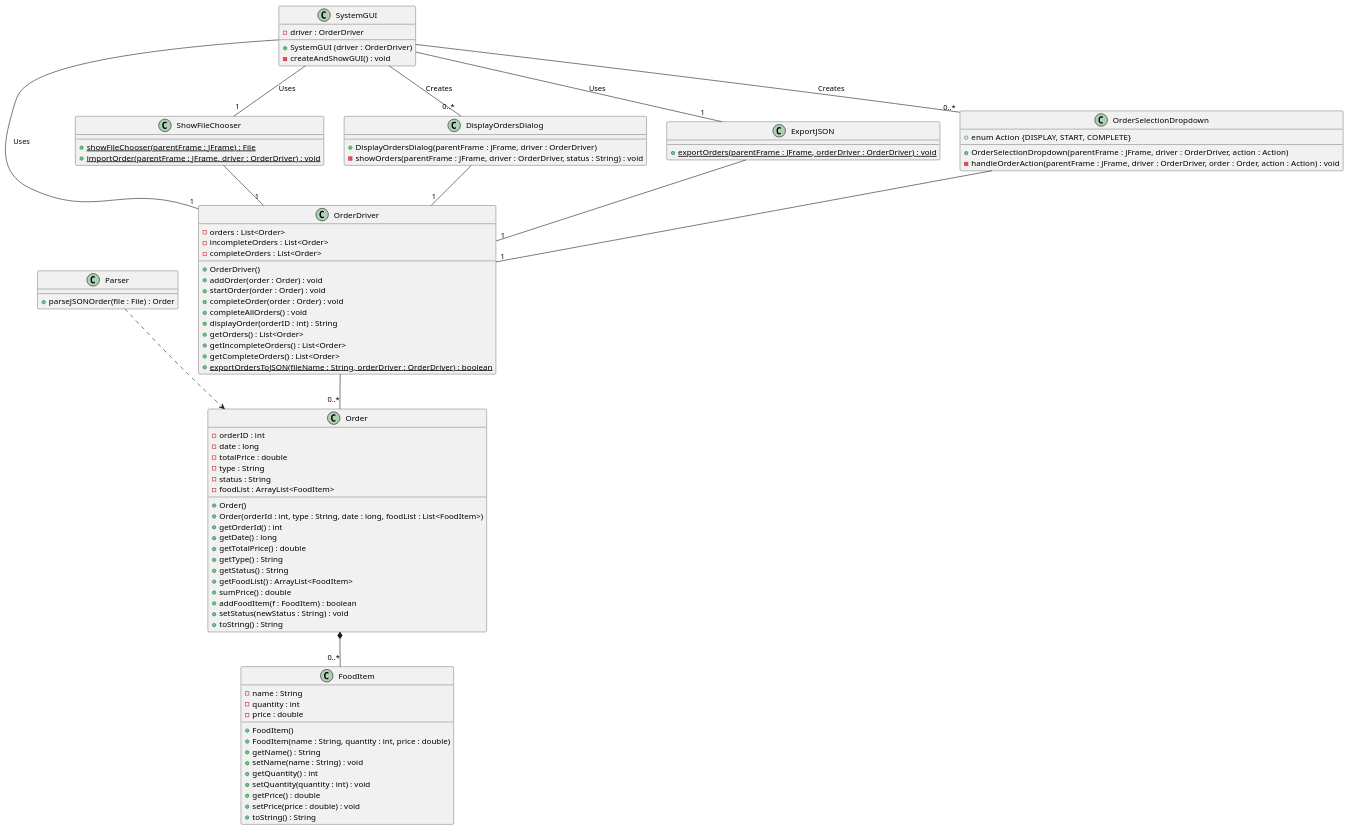
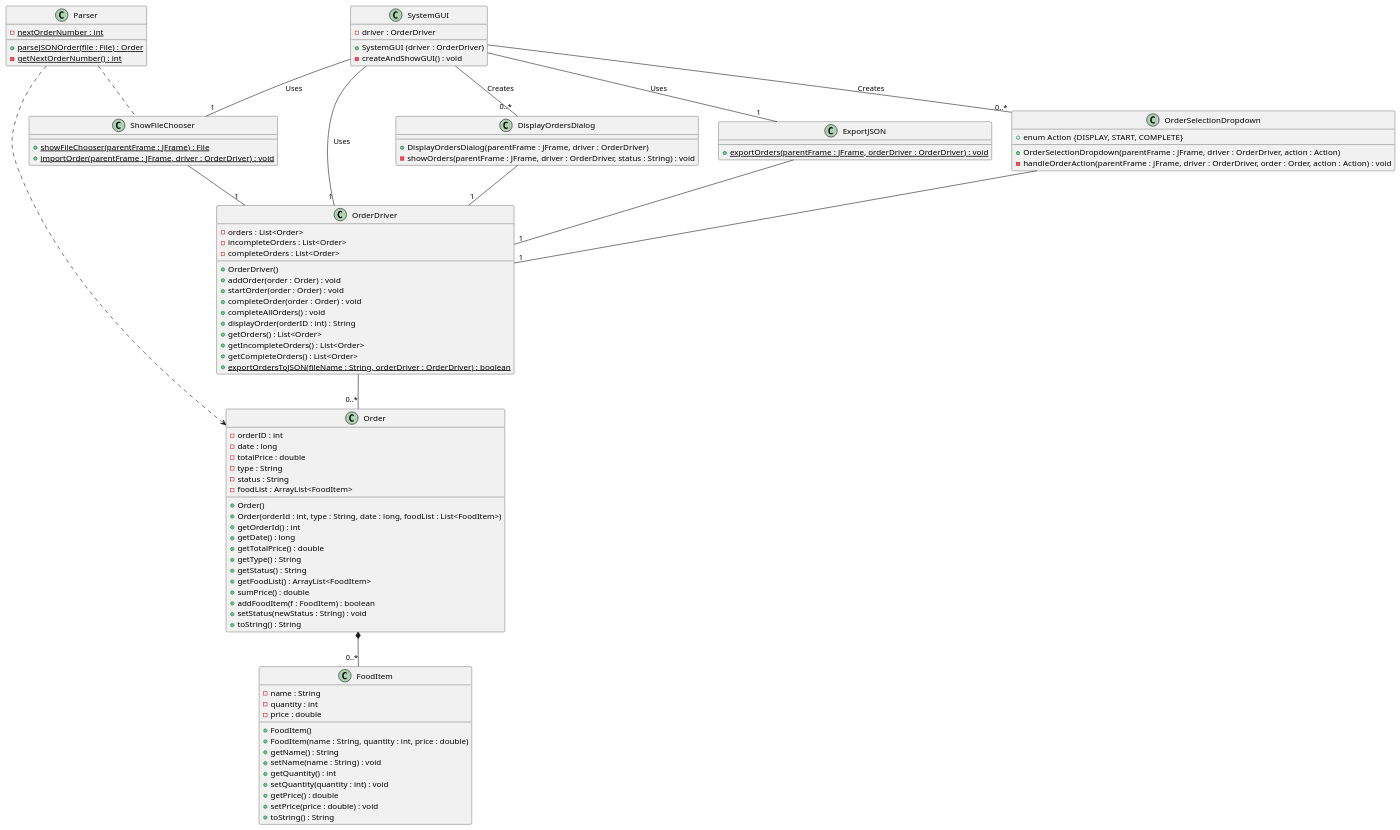
The diagram in code/src/main/java/Design/ClassUMLDiagram.puml (aidanmahl/372GroupProject), drawn with PlantUML before and after one commit. The commit also changed 1 other file, not shown here.

Commit message:
Updated class diagram for changes to parser class.

```diff
--- a/code/src/main/java/Design/ClassUMLDiagram.puml
+++ b/code/src/main/java/Design/ClassUMLDiagram.puml
@@ -1,109 +1,112 @@
 @startuml
 'https://plantuml.com/class-diagram
 
 class FoodItem {
 - name : String
 - quantity : int
 - price : double
 
 + FoodItem()
 + FoodItem(name : String, quantity : int, price : double)
 + getName() : String
 + setName(name : String) : void
 + getQuantity() : int
 + setQuantity(quantity : int) : void
 + getPrice() : double
 + setPrice(price : double) : void
 + toString() : String
 }
 
 class Order {
 - orderID : int
 - date : long
 - totalPrice : double
 - type : String
 - status : String
 - foodList : ArrayList<FoodItem>
 
 + Order()
 + Order(orderId : int, type : String, date : long, foodList : List<FoodItem>)
 + getOrderId() : int
 + getDate() : long
 + getTotalPrice() : double
 + getType() : String
 + getStatus() : String
 + getFoodList() : ArrayList<FoodItem>
 + sumPrice() : double
 + addFoodItem(f : FoodItem) : boolean
 + setStatus(newStatus : String) : void
 + toString() : String
 }
 
 class Parser {
-+ parseJSONOrder(file : File) : Order
+- {static} nextOrderNumber : int
++ {static} parseJSONOrder(file : File) : Order
+- {static} getNextOrderNumber() : int
 }
 
 class OrderDriver {
 - orders : List<Order>
 - incompleteOrders : List<Order>
 - completeOrders : List<Order>
 
 + OrderDriver()
 + addOrder(order : Order) : void
 + startOrder(order : Order) : void
 + completeOrder(order : Order) : void
 + completeAllOrders() : void
 + displayOrder(orderID : int) : String
 + getOrders() : List<Order>
 + getIncompleteOrders() : List<Order>
 + getCompleteOrders() : List<Order>
 + {static} exportOrdersToJSON(fileName : String, orderDriver : OrderDriver) : boolean
 }
 
 class SystemGUI {
 - driver : OrderDriver
 + SystemGUI (driver : OrderDriver)
 - createAndShowGUI() : void
 }
 
 class ShowFileChooser {
 + {static} showFileChooser(parentFrame : JFrame) : File
 + {static} importOrder(parentFrame : JFrame, driver : OrderDriver) : void
 }
 
 class DisplayOrdersDialog{
 + DisplayOrdersDialog(parentFrame : JFrame, driver : OrderDriver)
 - showOrders(parentFrame : JFrame, driver : OrderDriver, status : String) : void
 }
 
 class ExportJSON{
 + {static} exportOrders(parentFrame : JFrame, orderDriver : OrderDriver) : void
 }
 
 class OrderSelectionDropdown{
 + OrderSelectionDropdown(parentFrame : JFrame, driver : OrderDriver, action : Action)
 - handleOrderAction(parentFrame : JFrame, driver : OrderDriver, order : Order, action : Action) : void
 + enum Action {DISPLAY, START, COMPLETE}
 }
 
 SystemGUI -- "1" OrderDriver : Uses
 SystemGUI -- "0..*" DisplayOrdersDialog : Creates
 SystemGUI -- "0..*" OrderSelectionDropdown : Creates
 SystemGUI -- "1" ShowFileChooser : Uses
 SystemGUI -- "1" ExportJSON : Uses
 
 DisplayOrdersDialog -- "1" OrderDriver
 OrderSelectionDropdown -- "1" OrderDriver
 ShowFileChooser -- "1" OrderDriver
 ExportJSON -- "1" OrderDriver
 
 OrderDriver -- "0..*" Order
 Order *-- "0..*" FoodItem
 
 Parser ..> Order
+Parser .. ShowFileChooser
 
 SystemGUI -[hidden]-> OrderDriver
 OrderDriver -[hidden]-> Order
 Order -[hidden]-> FoodItem
 
 @enduml
```
